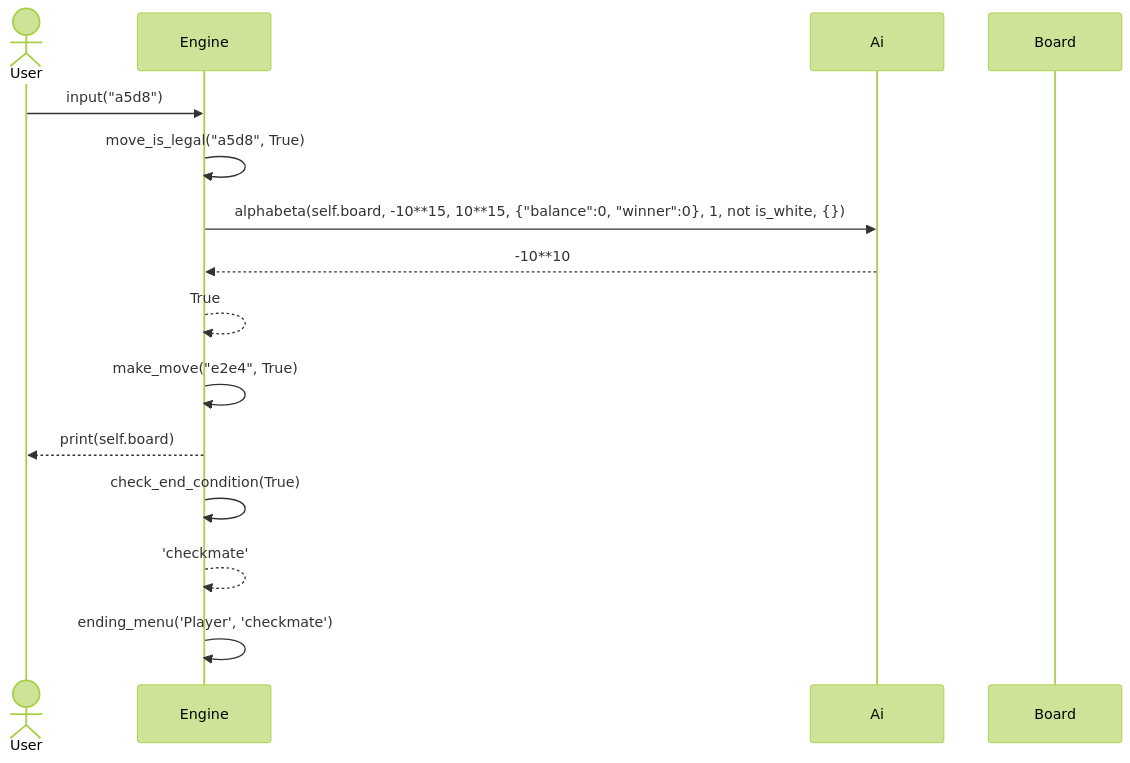
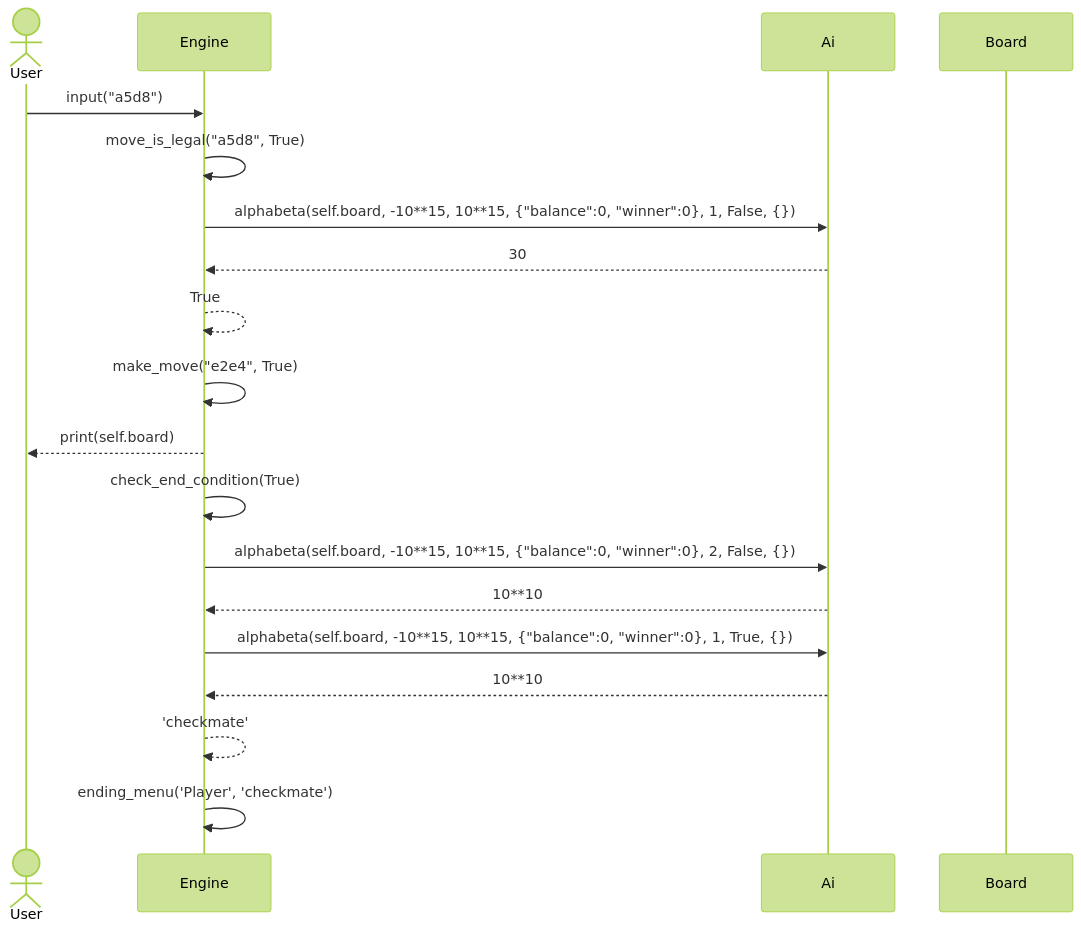
The second of 3 diagrams in documentation/implementation.md (rikumat/chess-engine), drawn with Mermaid (forest theme) before and after one commit. The commit also changed other lines of this file, not shown here.

````diff
--- a/documentation/implementation.md
+++ b/documentation/implementation.md
@@ -56,18 +56,27 @@
 ```mermaid
 sequenceDiagram
   actor User
   participant Engine
   participant Ai
   participant Board
 
   User ->> Engine: input("a5d8")
   Engine ->> Engine: move_is_legal("a5d8", True)
-  Engine ->> Ai: alphabeta(self.board, -10**15, 10**15, {"balance":0, "winner":0}, 1, not is_white, {})
-  Ai -->> Engine: -10**10
+  Engine ->> Ai: alphabeta(self.board, -10**15, 10**15, {"balance":0, "winner":0}, 1, False, {})
+  Ai -->> Engine: 30
   Engine -->> Engine: True
   Engine ->> Engine: make_move("e2e4", True)
   Engine -->> User: print(self.board)
+
   Engine ->> Engine: check_end_condition(True)
+
+  Engine ->> Ai: alphabeta(self.board, -10**15, 10**15, {"balance":0, "winner":0}, 2, False, {})
+  Ai -->> Engine: 10**10
+
+  Engine ->> Ai: alphabeta(self.board, -10**15, 10**15, {"balance":0, "winner":0}, 1, True, {})
+  Ai -->> Engine: 10**10
+
   Engine -->> Engine: 'checkmate'
+
   Engine ->> Engine: ending_menu('Player', 'checkmate')
   ```
````
